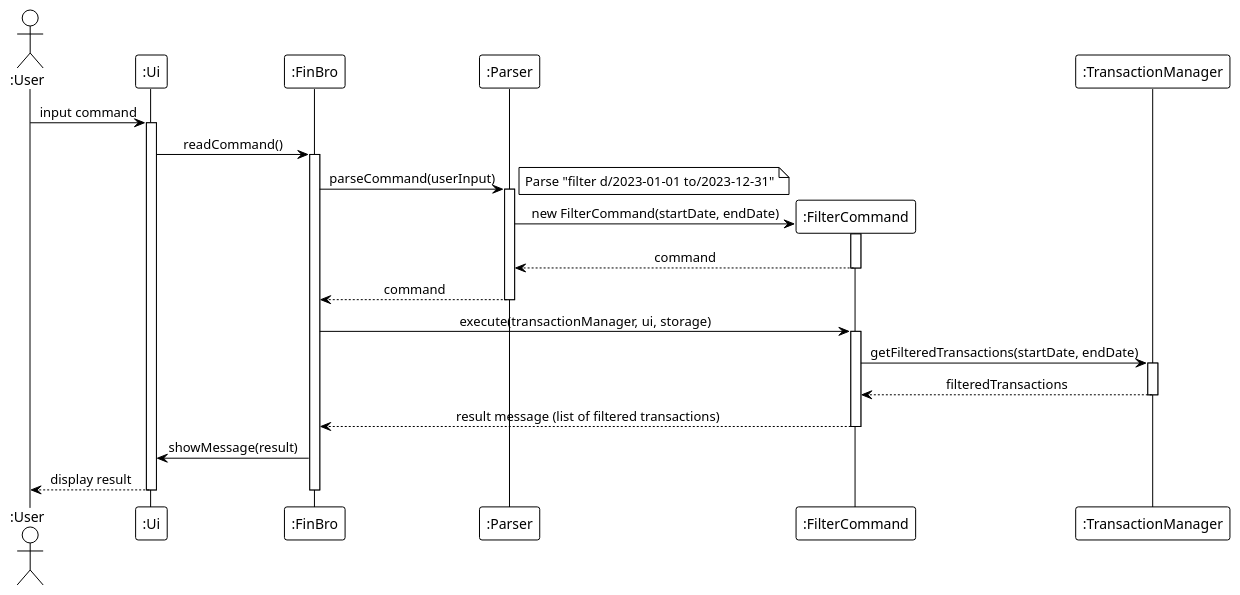
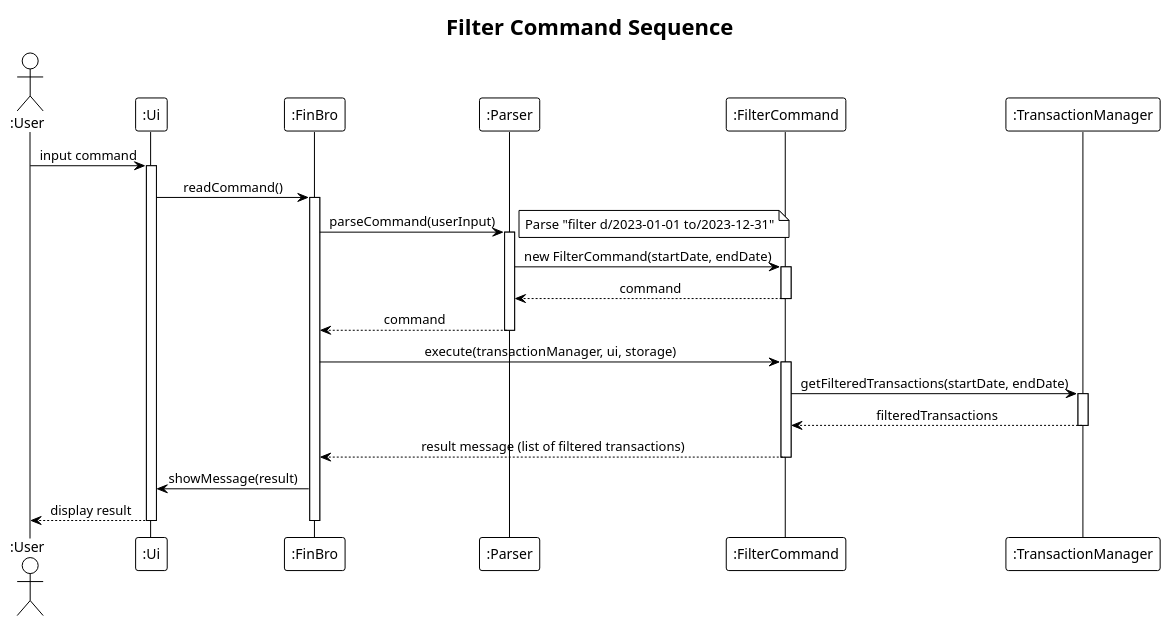
The diagram in docs/diagrams/puml/sequence/sequence-filter.puml (laitcanard05/tp), drawn with PlantUML before and after one commit. The commit also changed 7 other files, not shown here.

Commit message:
fix diagrams

```diff
--- a/docs/diagrams/puml/sequence/sequence-filter.puml
+++ b/docs/diagrams/puml/sequence/sequence-filter.puml
@@ -1,46 +1,47 @@
 @startuml
 !theme plain
+title Filter Command Sequence
 skinparam sequenceMessageAlign center
 skinparam responseMessageBelowArrow true
 
 actor ":User" as User
 participant ":Ui" as UI
 participant ":FinBro" as FinBro
 participant ":Parser" as Parser
 participant ":FilterCommand" as FilterCommand
 participant ":TransactionManager" as TransactionMgr
 
 User -> UI : input command
 activate UI
 
 UI -> FinBro : readCommand()
 activate FinBro
 
 FinBro -> Parser : parseCommand(userInput)
 activate Parser
 note right: Parse "filter d/2023-01-01 to/2023-12-31"
 
-Parser -> FilterCommand** : new FilterCommand(startDate, endDate)
+Parser -> FilterCommand : new FilterCommand(startDate, endDate)
 activate FilterCommand
 FilterCommand --> Parser : command
 deactivate FilterCommand
 Parser --> FinBro : command
 deactivate Parser
 
 FinBro -> FilterCommand : execute(transactionManager, ui, storage)
 activate FilterCommand
 
 FilterCommand -> TransactionMgr : getFilteredTransactions(startDate, endDate)
 activate TransactionMgr
 TransactionMgr --> FilterCommand : filteredTransactions
 deactivate TransactionMgr
 
 FilterCommand --> FinBro : result message (list of filtered transactions)
 deactivate FilterCommand
 
 FinBro -> UI : showMessage(result)
 UI --> User : display result
 deactivate UI
 deactivate FinBro
 
 @enduml
```
